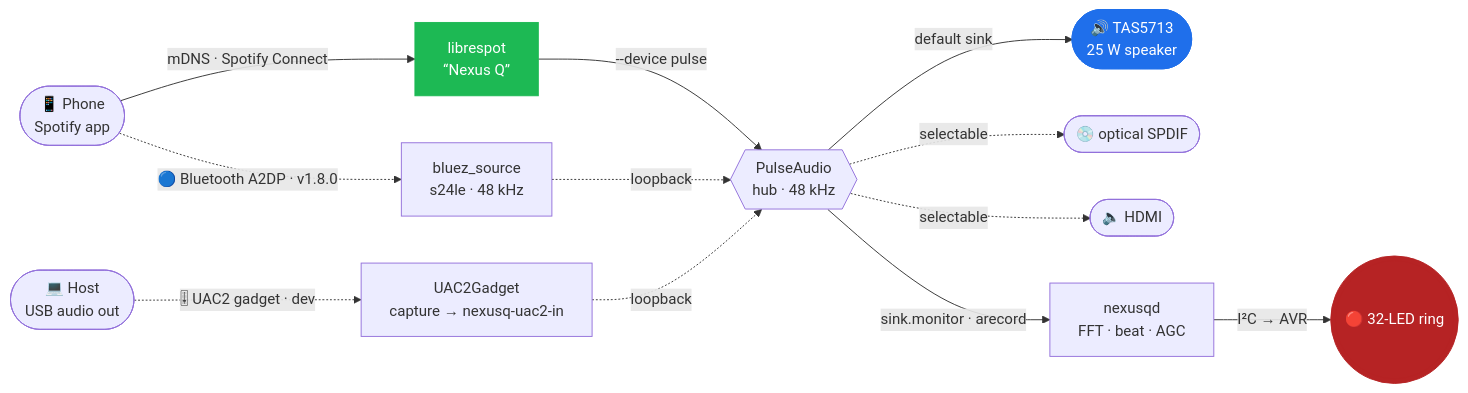
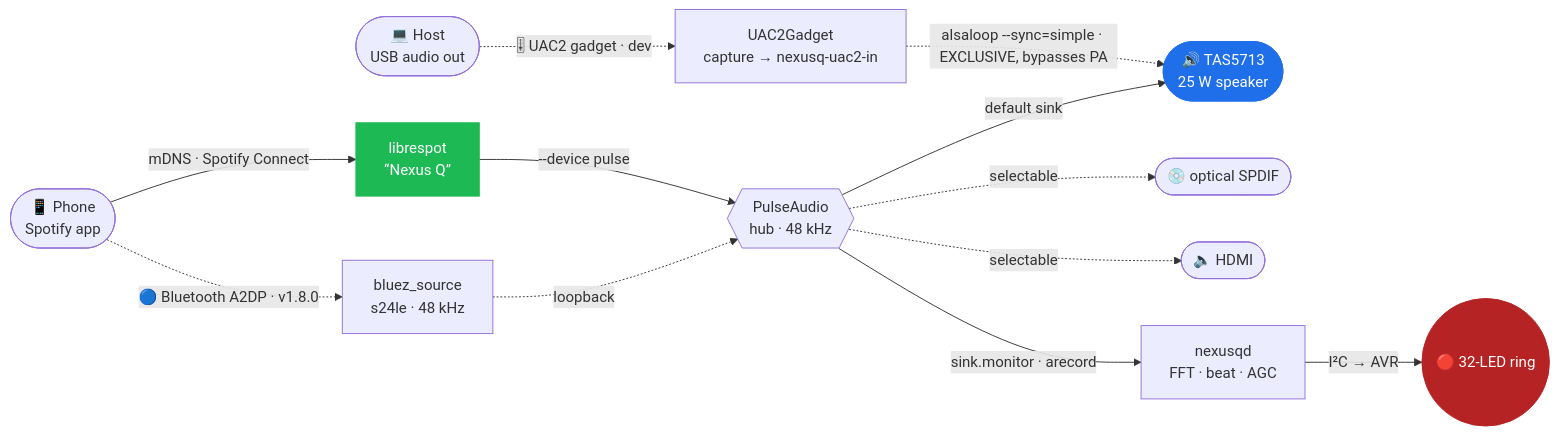
One commit to petronijus/nexusQ-reloaded changed the diagram in README.md. Above: the diagram before and after it, drawn with Mermaid. The commit also changed other lines of this file and 7 other files, not shown here.

````diff
--- a/README.md
+++ b/README.md
@@ -82,18 +82,18 @@
 ```mermaid
 flowchart LR
     P([📱 Phone<br/>Spotify app]) -->|mDNS · Spotify Connect| L[librespot<br/>“Nexus Q”]
     P -.->|🔵 Bluetooth A2DP · v1.8.0| B[bluez_source<br/>s24le · 48 kHz]
     U([💻 Host<br/>USB audio out]) -.->|🎚 UAC2 gadget · dev| UC[UAC2Gadget<br/>capture → nexusq-uac2-in]
     L -->|--device pulse| PA{{PulseAudio<br/>hub · 48 kHz}}
     B -.->|loopback| PA
-    UC -.->|loopback| PA
+    UC -.->|alsaloop --sync=simple · EXCLUSIVE, bypasses PA| S
     PA -->|default sink| S([🔊 TAS5713<br/>25 W speaker])
     PA -.->|selectable| SP([💿 optical SPDIF])
     PA -.->|selectable| HD([🔈 HDMI])
     PA -->|sink.monitor · arecord| N[nexusqd<br/>FFT · beat · AGC]
     N -->|I²C → AVR| R(((🔴 32-LED ring)))
 
     style S fill:#1f6feb,stroke:#1f6feb,color:#fff
     style R fill:#b62324,stroke:#b62324,color:#fff
     style L fill:#1db954,stroke:#1db954,color:#fff
 ```
````
